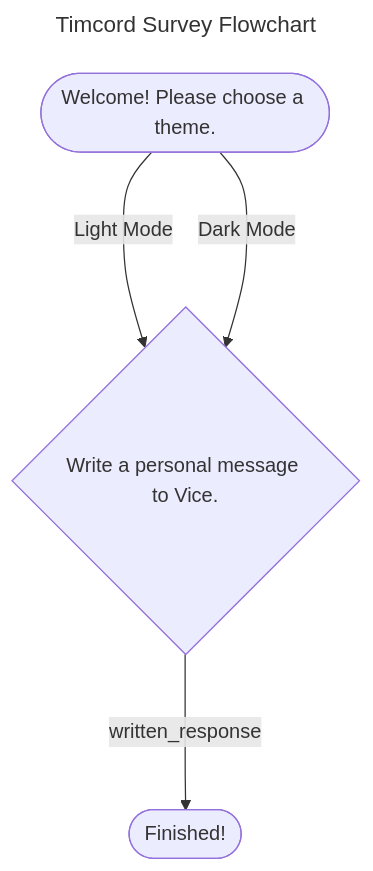
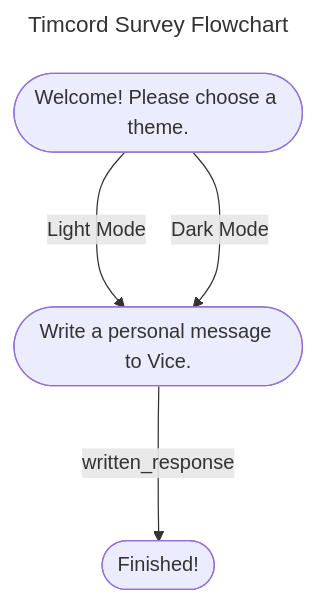
The first of 2 diagrams in README.md (ObjectsCountries/Timcord-Survey), drawn with Mermaid before and after one commit. The commit also changed other lines of this file, not shown here.

Commit message:
ACTION: Update flowcharts

````diff
--- a/README.md
+++ b/README.md
@@ -13,12 +13,12 @@
 ```mermaid
 ---
 title: Timcord Survey Flowchart
 ---
 graph 
 begin_theming(["Welcome! Please choose a theme."])
-writing{"Write a personal message to Vice."}
+writing(["Write a personal message to Vice."])
 finish(["Finished!"])
 begin_theming --->|Light Mode| writing
 begin_theming --->|Dark Mode| writing
 writing --->|written_response| finish
 ```
````
